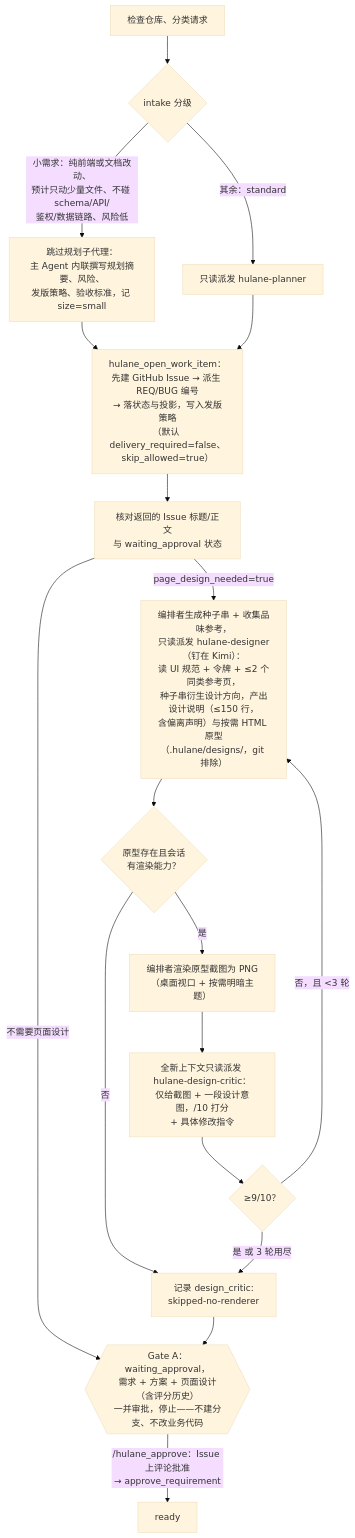
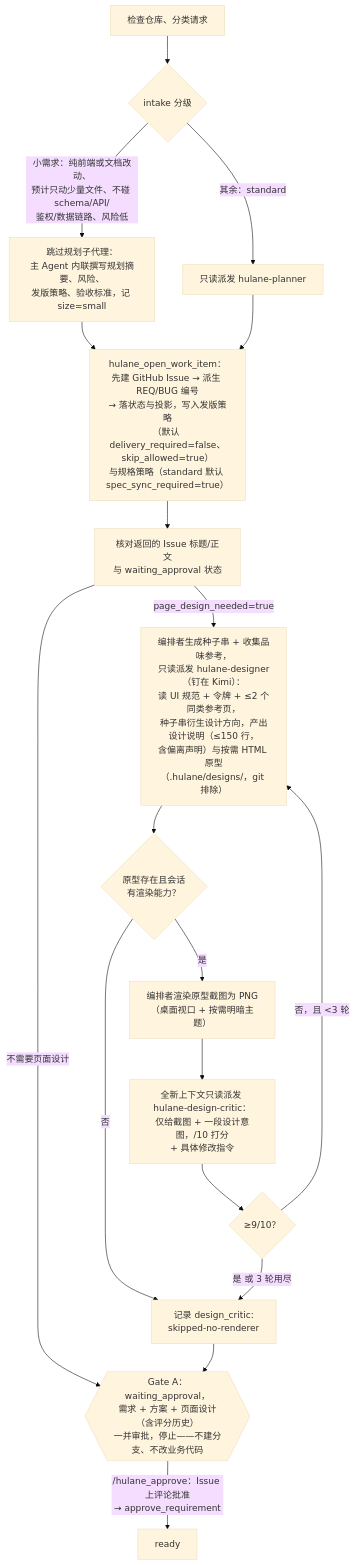
One commit to hutong236/hutong-zcode-marketplace changed the second of 10 diagrams in FLOWCHARTS.md. Above: the diagram before and after it, drawn with Mermaid (base theme). The commit also changed other lines of this file and 43 other files, not shown here.

````diff
--- a/FLOWCHARTS.md
+++ b/FLOWCHARTS.md
@@ -34,20 +36,20 @@
 ```mermaid
 flowchart TD
   CL["检查仓库、分类请求"] --> SZ{"intake 分级"}
   SZ -->|"小需求：纯前端或文档改动、<br>预计只动少量文件、不碰 schema/API/<br>鉴权/数据链路、风险低"| SM["跳过规划子代理：<br>主 Agent 内联撰写规划摘要、风险、<br>发版策略、验收标准，记 size=small"]
   SZ -->|"其余：standard"| PLN["只读派发 hulane-planner"]
-  SM --> OWI["hulane_open_work_item：<br>先建 GitHub Issue → 派生 REQ/BUG 编号<br>→ 落状态与投影，写入发版策略<br>（默认 delivery_required=false、skip_allowed=true）"]
+  SM --> OWI["hulane_open_work_item：<br>先建 GitHub Issue → 派生 REQ/BUG 编号<br>→ 落状态与投影，写入发版策略<br>（默认 delivery_required=false、skip_allowed=true）<br>与规格策略（standard 默认 spec_sync_required=true）"]
   PLN --> OWI
   OWI --> V["核对返回的 Issue 标题/正文<br>与 waiting_approval 状态"]
   V -->|"page_design_needed=true"| DSN["编排者生成种子串 + 收集品味参考，<br>只读派发 hulane-designer（钉在 Kimi）：<br>读 UI 规范 + 令牌 + ≤2 个同类参考页，<br>种子串衍生设计方向，产出设计说明（≤150 行，<br>含偏离声明）与按需 HTML 原型<br>（.hulane/designs/，git 排除）"]
   V -->|"不需要页面设计"| GA
   DSN --> CRT{"原型存在且会话<br>有渲染能力？"}
   CRT -->|否| NT["记录 design_critic:<br>skipped-no-renderer"]
   CRT -->|是| SHOT["编排者渲染原型截图为 PNG<br>（桌面视口 + 按需明暗主题）"]
   SHOT --> CR["全新上下文只读派发 hulane-design-critic：<br>仅给截图 + 一段设计意图，/10 打分<br>+ 具体修改指令"]
   CR --> SC{"≥9/10？"}
   SC -->|否，且 <3 轮| DSN
   SC -->|是 或 3 轮用尽| NT
   NT --> GA{{"Gate A：waiting_approval，<br>需求 + 方案 + 页面设计（含评分历史）<br>一并审批，停止——不建分支、不改业务代码"}}
   GA -->|"/hulane_approve：Issue 上评论批准<br>→ approve_requirement"| RDY["ready"]
 ```
````
